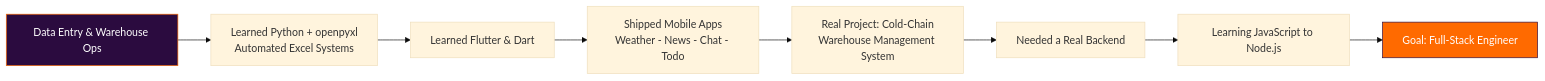
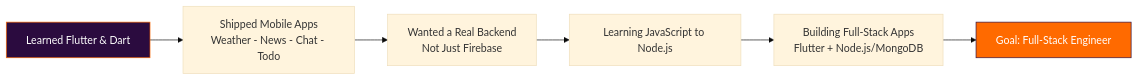
The diagram in README.md (Mohamed20186/Mohamed20186), drawn with Mermaid (base theme) before and after one commit. The commit also changed other lines of this file, not shown here.

First line of the commit message:
Revise README for skills and project updates

````diff
--- a/README.md
+++ b/README.md
@@ -27,12 +27,10 @@
 ```mermaid
 graph LR
-    A[Data Entry & Warehouse Ops] --> B[Learned Python + openpyxl<br/>Automated Excel Systems]
-    B --> C[Learned Flutter & Dart]
-    C --> D[Shipped Mobile Apps<br/>Weather - News - Chat - Todo]
-    D --> E[Real Project: Cold-Chain<br/>Warehouse Management System]
-    E --> F[Needed a Real Backend]
-    F --> G[Learning JavaScript to Node.js]
-    G --> H[Goal: Full-Stack Engineer]
+    A[Learned Flutter & Dart] --> B[Shipped Mobile Apps<br/>Weather - News - Chat - Todo]
+    B --> C[Wanted a Real Backend<br/>Not Just Firebase]
+    C --> D[Learning JavaScript to Node.js]
+    D --> E[Building Full-Stack Apps<br/>Flutter + Node.js/MongoDB]
+    E --> F[Goal: Full-Stack Engineer]
     style A fill:#2b0b3f,stroke:#ff6a00,color:#fff
-    style H fill:#ff6a00,stroke:#2b0b3f,color:#fff
+    style F fill:#ff6a00,stroke:#2b0b3f,color:#fff
 ```
````
